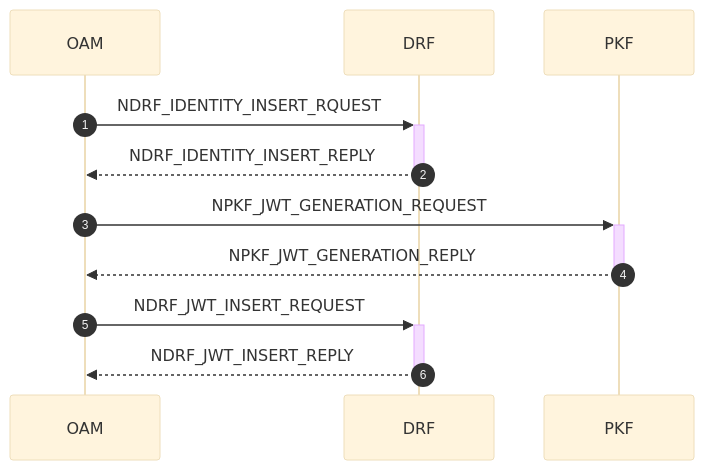
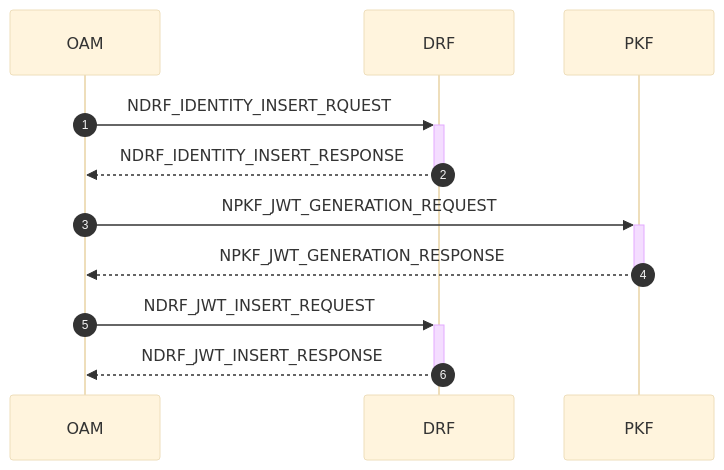
Diagram 14 of 21 in doc/doc-spec/00-series-general/00.002-procedure.md (veil-link/veilink), drawn with Mermaid (base theme) before and after one commit. The commit also changed other lines of this file, not shown here.

Commit message:
chore: update reply to response

````diff
--- a/doc/doc-spec/00-series-general/00.002-procedure.md
+++ b/doc/doc-spec/00-series-general/00.002-procedure.md
@@ -336,15 +336,15 @@
 ```mermaid
 sequenceDiagram
     autonumber
 
     participant oam as OAM
     participant drf as DRF
     participant pkf as PKF
 
     oam ->>+ drf: NDRF_IDENTITY_INSERT_RQUEST
-    drf -->>- oam: NDRF_IDENTITY_INSERT_REPLY
+    drf -->>- oam: NDRF_IDENTITY_INSERT_RESPONSE
     oam ->>+ pkf: NPKF_JWT_GENERATION_REQUEST
-    pkf -->>- oam: NPKF_JWT_GENERATION_REPLY
+    pkf -->>- oam: NPKF_JWT_GENERATION_RESPONSE
     oam ->>+ drf: NDRF_JWT_INSERT_REQUEST
-    drf -->>- oam: NDRF_JWT_INSERT_REPLY
+    drf -->>- oam: NDRF_JWT_INSERT_RESPONSE
 ```
````
